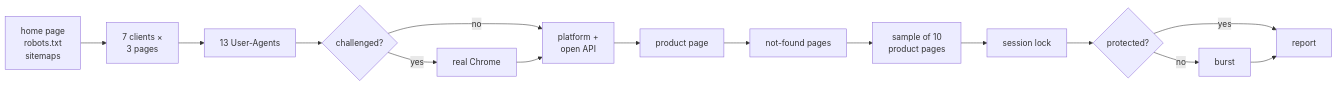
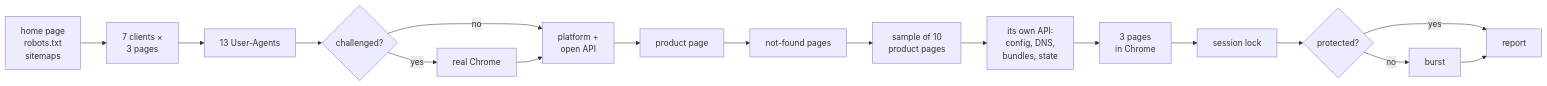
Before and after one commit to ostashmarkian/recon: the diagram in README.md, drawn with Mermaid. The commit also changed other lines of this file and 25 other files, not shown here.

````diff
--- a/README.md
+++ b/README.md
@@ -163,17 +196,19 @@
 ```mermaid
 flowchart LR
     A[home page<br/>robots.txt<br/>sitemaps] --> B[7 clients ×<br/>3 pages]
     B --> C[13 User-Agents]
     C --> D{challenged?}
     D -- yes --> E[real Chrome]
     D -- no --> F[platform +<br/>open API]
     E --> F
     F --> G[product page]
     G --> H[not-found pages]
     H --> S[sample of 10<br/>product pages]
-    S --> I[session lock]
+    S --> P[its own API:<br/>config, DNS,<br/>bundles, state]
+    P --> W[3 pages<br/>in Chrome]
+    W --> I[session lock]
     I --> J{protected?}
     J -- no --> K[burst]
     J -- yes --> L[report]
     K --> L
 ```
````
